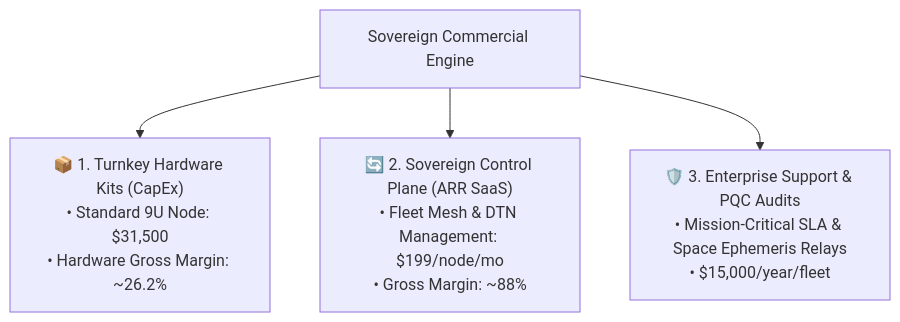
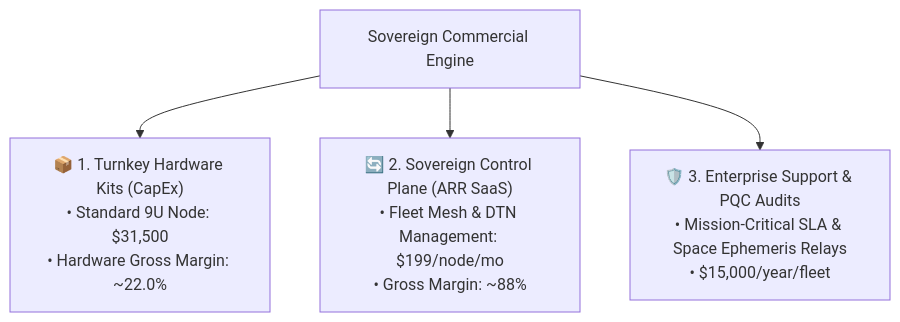
The third of 5 diagrams in COMMERCIALIZATION.md (iliachry/sovereign-mini-datacenter), drawn with Mermaid before and after one commit. The commit also changed other lines of this file and 8 other files, not shown here.

````diff
--- a/COMMERCIALIZATION.md
+++ b/COMMERCIALIZATION.md
@@ -77,8 +77,8 @@
 ```mermaid
 flowchart TD
     SMDC["Sovereign Commercial Engine"]
     
-    SMDC --> H["📦 1. Turnkey Hardware Kits (CapEx)<br/>• Standard 9U Node: $31,500<br/>• Hardware Gross Margin: ~26.2%"]
+    SMDC --> H["📦 1. Turnkey Hardware Kits (CapEx)<br/>• Standard 9U Node: $31,500<br/>• Hardware Gross Margin: ~22.0%"]
     SMDC --> S["🔄 2. Sovereign Control Plane (ARR SaaS)<br/>• Fleet Mesh & DTN Management: $199/node/mo<br/>• Gross Margin: ~88%"]
     SMDC --> E["🛡️ 3. Enterprise Support & PQC Audits<br/>• Mission-Critical SLA & Space Ephemeris Relays<br/>• $15,000/year/fleet"]
 ```
````
